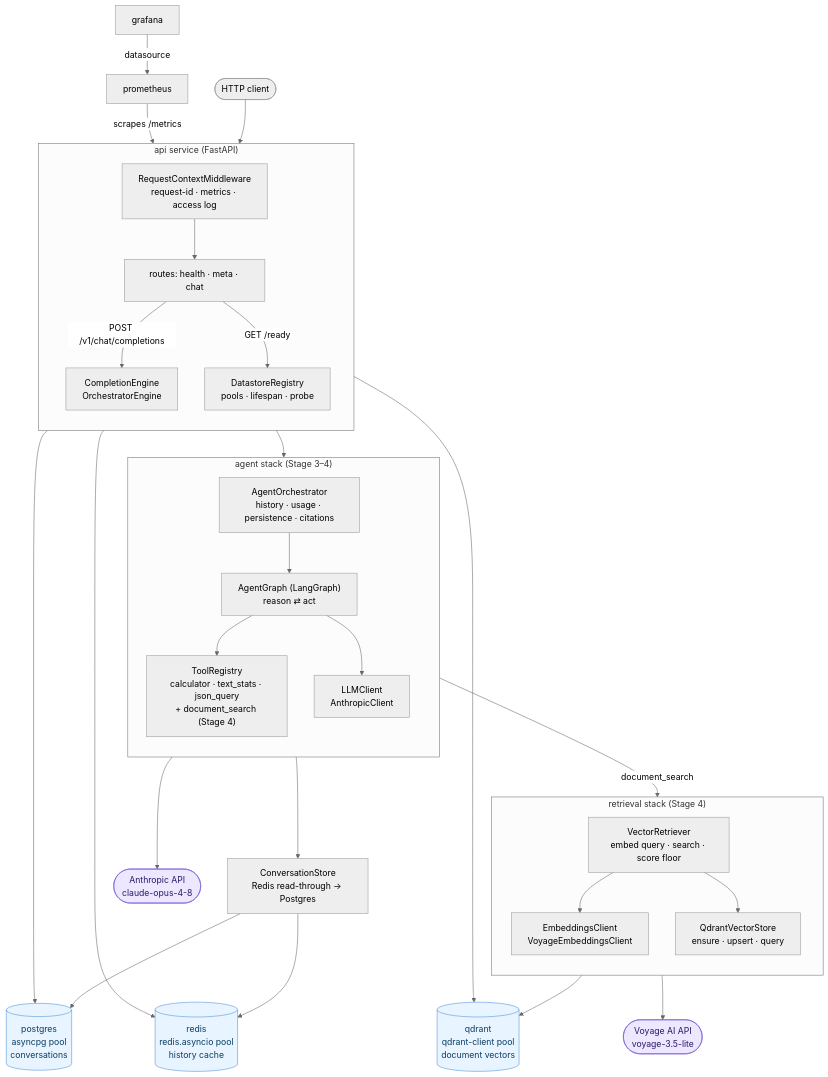
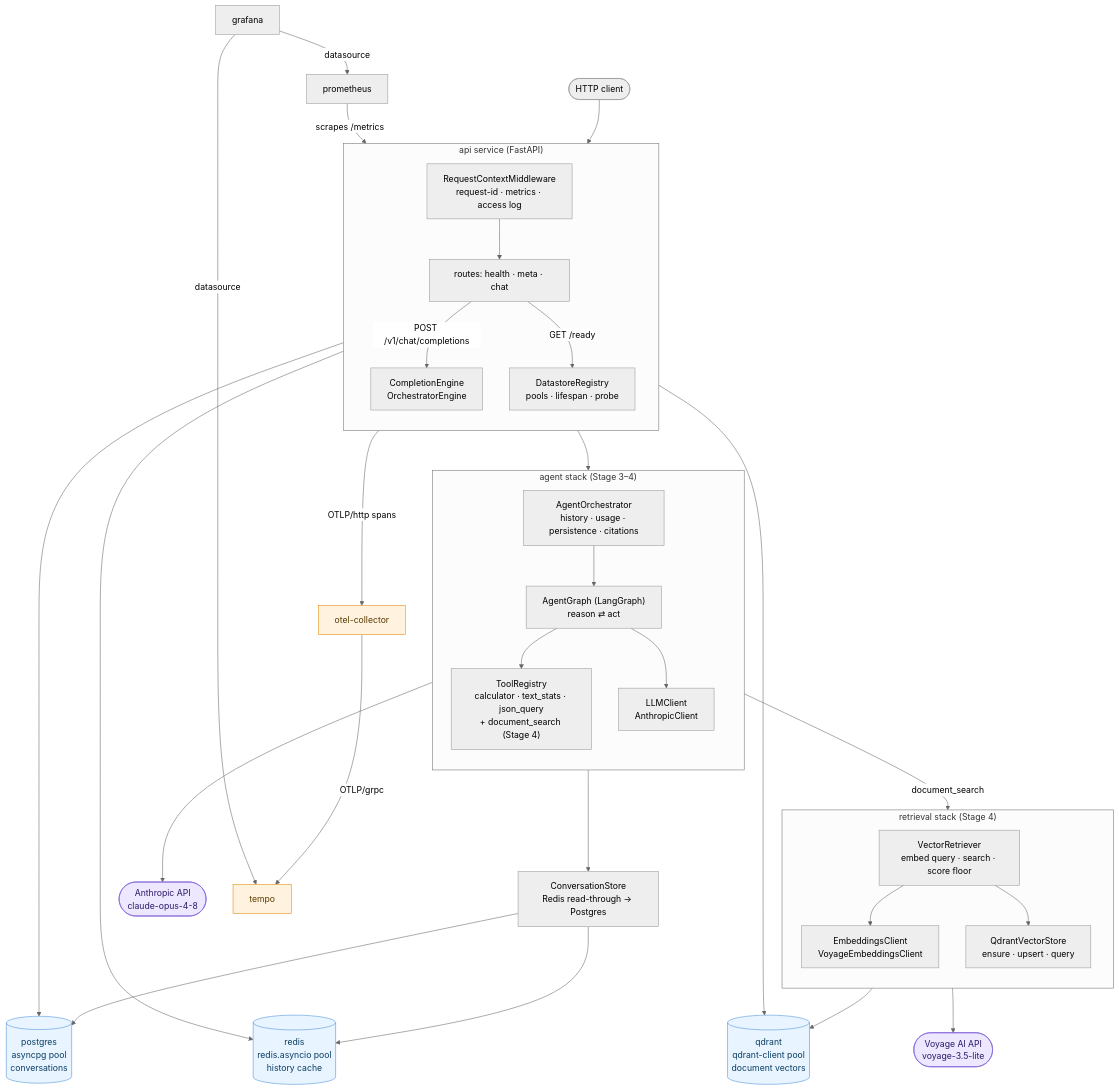
One commit to Zuleikha/production-llm-platform changed the first of 7 diagrams in docs/architecture.md. Above: the diagram before and after it, drawn with Mermaid (neutral theme). The commit also changed other lines of this file and 30 other files, not shown here.

First line of the commit message:
feat(observability): Stage 5 — @traced emits OpenTelemetry spans → Collector → Tempo

````diff
--- a/docs/architecture.md
+++ b/docs/architecture.md
@@ -37,68 +45,73 @@
 ```mermaid
 flowchart TD
     client([HTTP client])
 
     subgraph api["api service (FastAPI)"]
         direction TB
         mw["RequestContextMiddleware<br/>request-id · metrics · access log"]
         routes["routes: health · meta · chat"]
         engine["CompletionEngine<br/>OrchestratorEngine"]
         registry["DatastoreRegistry<br/>pools · lifespan · probe"]
 
         mw --> routes
         routes -->|"POST /v1/chat/completions"| engine
         routes -->|"GET /ready"| registry
     end
 
     subgraph agent["agent stack (Stage 3–4)"]
         direction TB
         orch["AgentOrchestrator<br/>history · usage · persistence · citations"]
         loop["AgentGraph (LangGraph)<br/>reason ⇄ act"]
         tools["ToolRegistry<br/>calculator · text_stats · json_query<br/>+ document_search (Stage 4)"]
         llm["LLMClient<br/>AnthropicClient"]
 
         orch --> loop
         loop --> tools
         loop --> llm
     end
 
     subgraph retrieval["retrieval stack (Stage 4)"]
         direction TB
         retr["VectorRetriever<br/>embed query · search · score floor"]
         emb["EmbeddingsClient<br/>VoyageEmbeddingsClient"]
         vstore["QdrantVectorStore<br/>ensure · upsert · query"]
 
         retr --> emb
         retr --> vstore
     end
 
     store["ConversationStore<br/>Redis read-through → Postgres"]
 
     pg[("postgres<br/>asyncpg pool<br/>conversations")]
     rd[("redis<br/>redis.asyncio pool<br/>history cache")]
     qd[("qdrant<br/>qdrant-client pool<br/>document vectors")]
 
     anthropic(["Anthropic API<br/>claude-opus-4-8"])
     voyage(["Voyage AI API<br/>voyage-3.5-lite"])
 
     client --> mw
     engine --> orch
     orch --> store
     store --> rd
     store --> pg
     llm --> anthropic
     tools -->|"document_search"| retr
     emb --> voyage
     vstore --> qd
     registry --> pg
     registry --> rd
     registry --> qd
 
     prom["prometheus"] -->|"scrapes /metrics"| api
+    api -->|"OTLP/http spans"| collector["otel-collector"]
+    collector -->|"OTLP/grpc"| tempo["tempo"]
     graf["grafana"] -->|"datasource"| prom
+    graf -->|"datasource"| tempo
 
     classDef external fill:#ede7ff,stroke:#7b5cd6,color:#2c1a66
     classDef store fill:#e8f4ff,stroke:#4a90d9,color:#0a3d62
+    classDef obs fill:#fff3e0,stroke:#e08a00,color:#5a3a00
     class anthropic,voyage external
     class pg,rd,qd store
+    class collector,tempo obs
 ```
````
